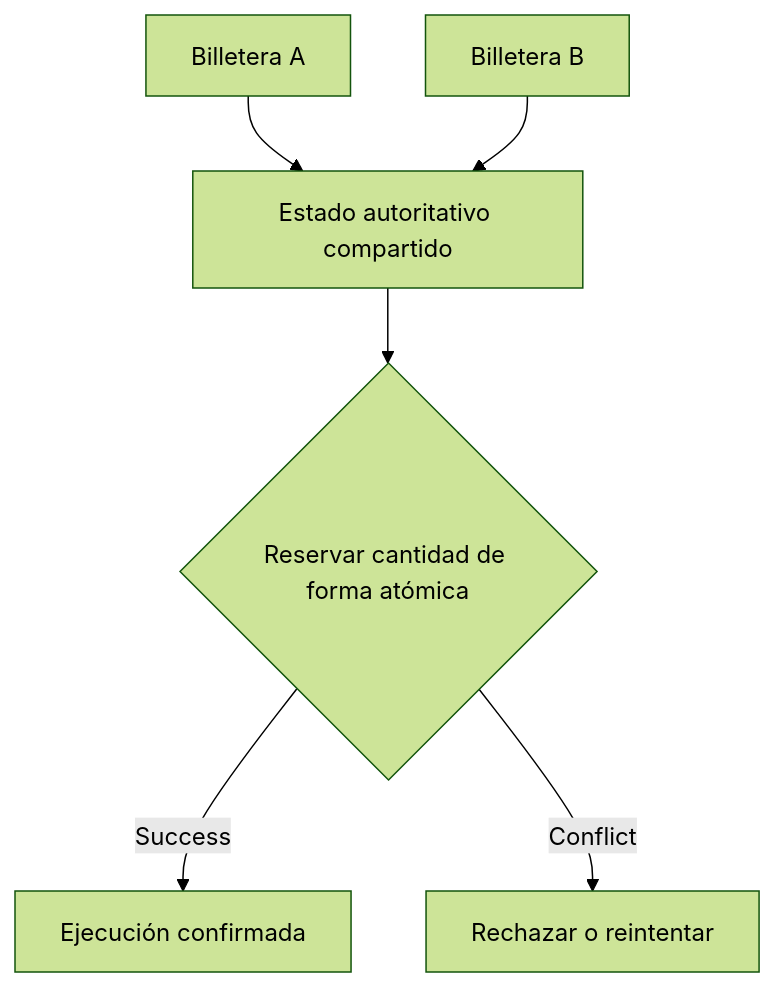
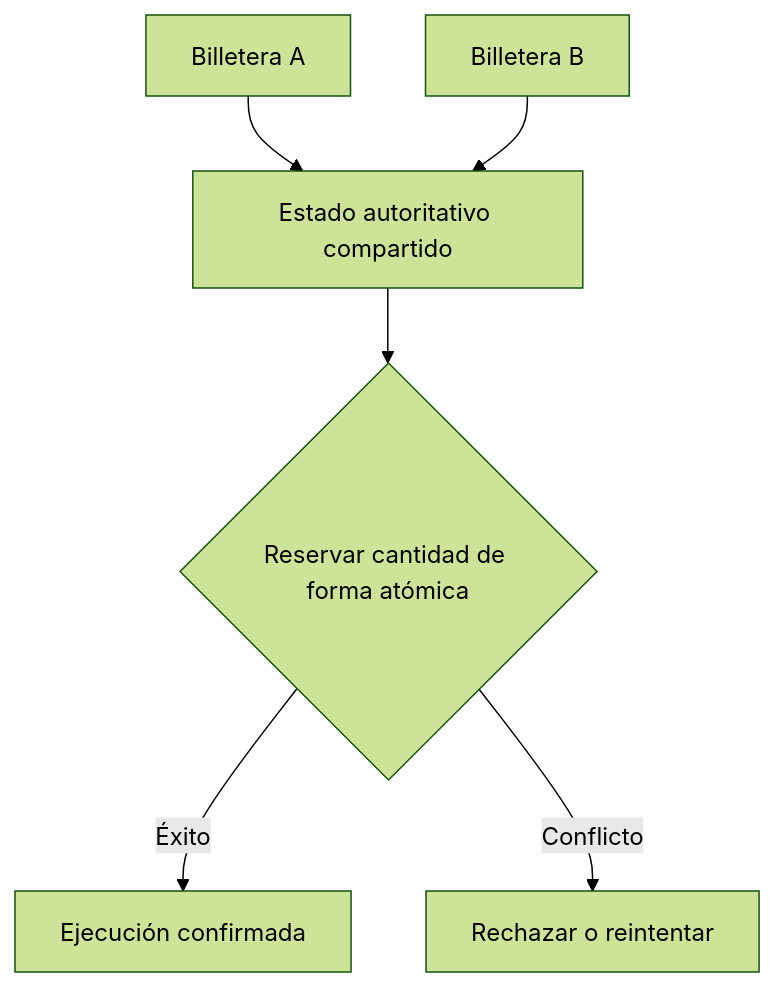
The diagram in i18n/es/docusaurus-plugin-content-blog/07-one-market-many-interfaces.md (sails-protocol/Sails-Protocol-Blog), drawn with Mermaid (forest theme) before and after one commit.

Commit message:
fix(i18n): localize article 07 Mermaid decision labels (es)

````diff
--- a/i18n/es/docusaurus-plugin-content-blog/07-one-market-many-interfaces.md
+++ b/i18n/es/docusaurus-plugin-content-blog/07-one-market-many-interfaces.md
@@ -53,8 +53,8 @@
 ```mermaid
 flowchart TD
     A["Billetera A"] --> C["Estado autoritativo compartido"]
     B["Billetera B"] --> C
     C --> D{"Reservar cantidad de forma atómica"}
-    D -->|Success| E["Ejecución confirmada"]
-    D -->|Conflict| F["Rechazar o reintentar"]
+    D -->|Éxito| E["Ejecución confirmada"]
+    D -->|Conflicto| F["Rechazar o reintentar"]
 ```
````
